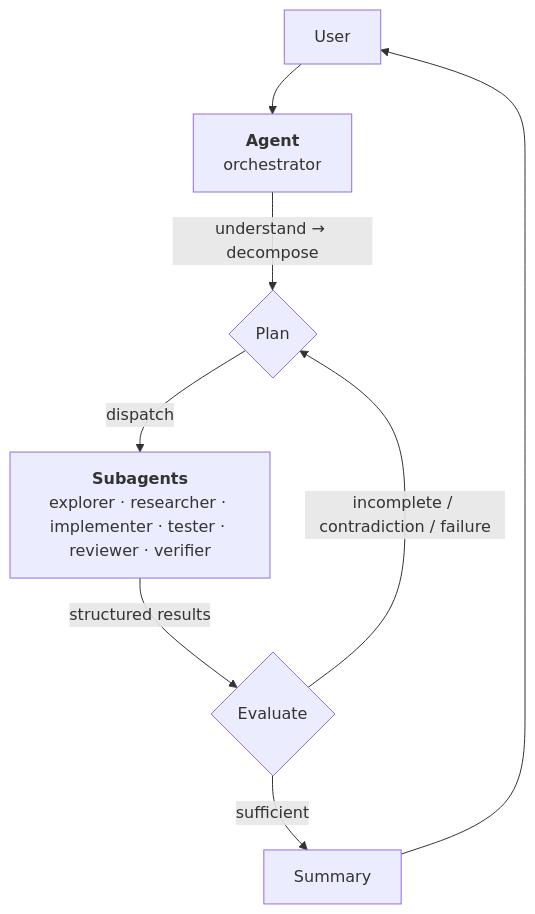
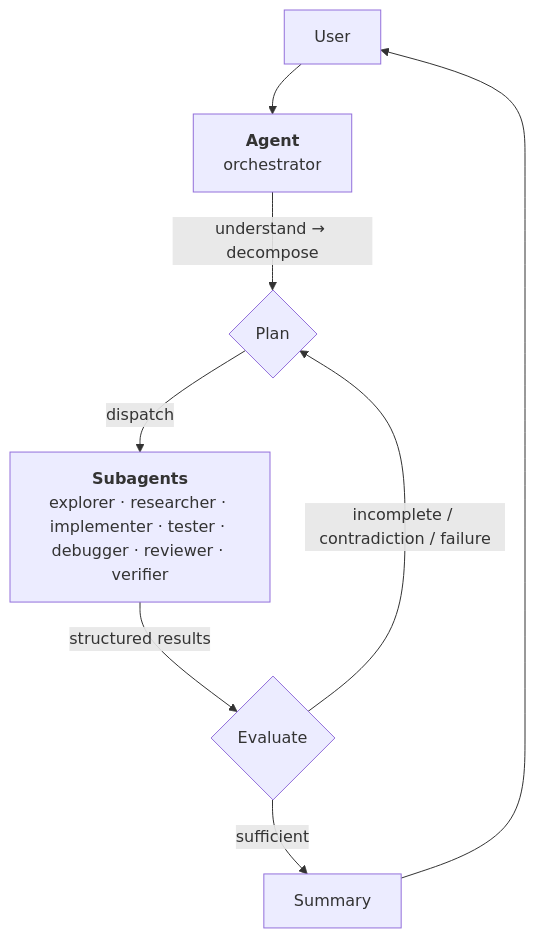
One commit to alpheusagents/orchestrator changed the diagram in README.md. Above: the diagram before and after it, drawn with Mermaid. The commit also changed other lines of this file and 3 other files, not shown here.

````diff
--- a/README.md
+++ b/README.md
@@ -29,10 +29,10 @@
 ```mermaid
 flowchart TD
     U[User] --> M[<b>Agent</b><br/>orchestrator]
     M -->|understand → decompose| D{Plan}
-    D -->|dispatch| W[<b>Subagents</b><br/>explorer · researcher · implementer · tester · reviewer · verifier]
+    D -->|dispatch| W[<b>Subagents</b><br/>explorer · researcher · implementer · tester · debugger · reviewer · verifier]
     W -->|structured results| E{Evaluate}
     E -->|incomplete / contradiction / failure| D
     E -->|sufficient| S[Summary]
     S --> U
 ```
````
